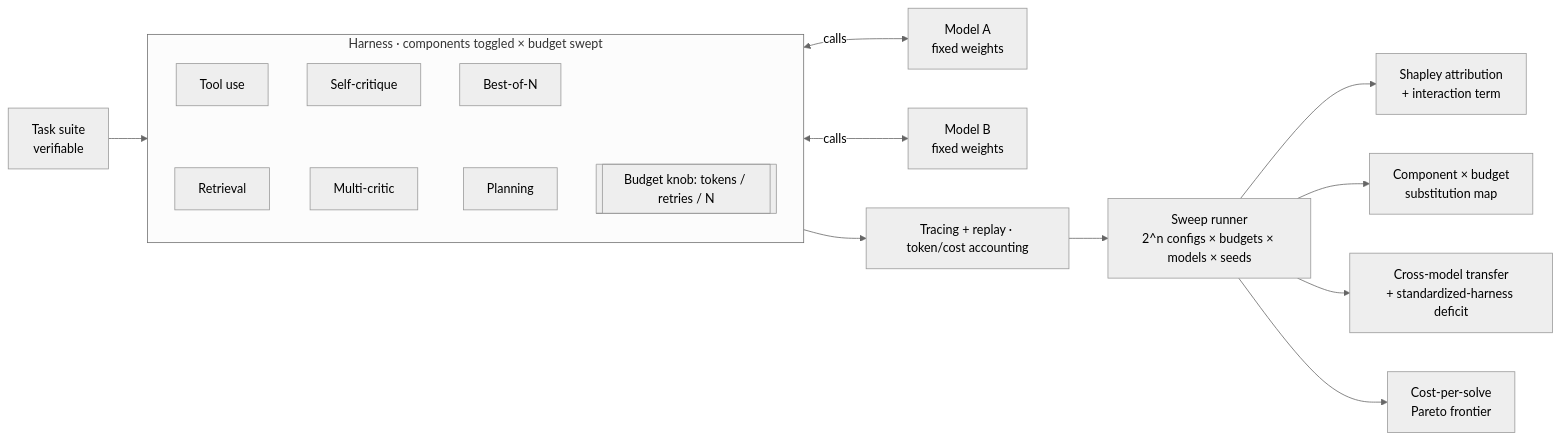
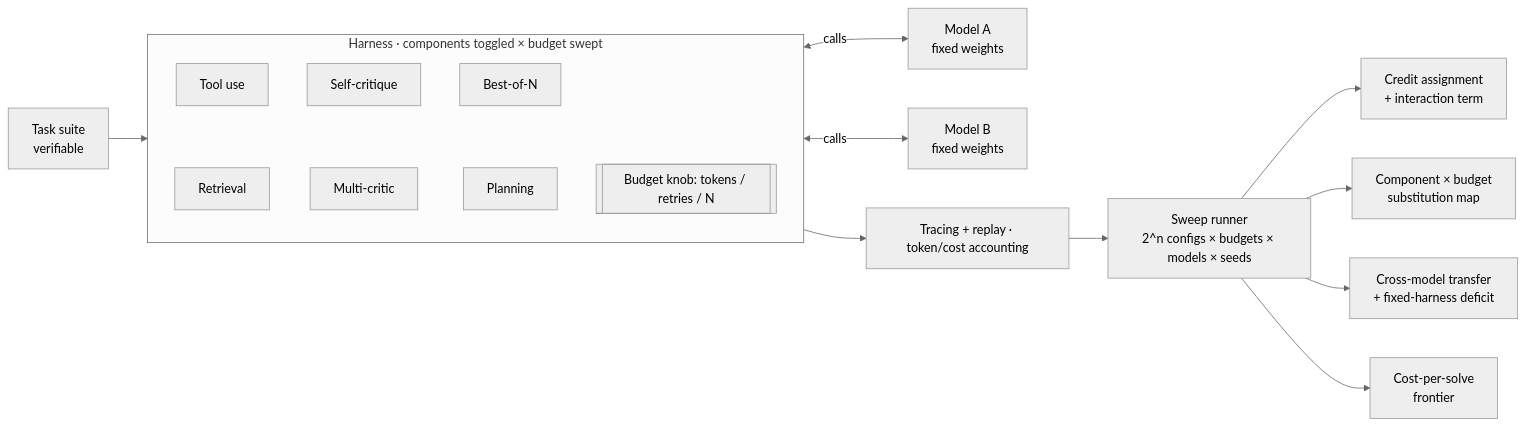
The diagram in README.md (nicolu0/elicitation-harness), drawn with Mermaid (neutral theme) before and after one commit. The commit also changed other lines of this file and 2 other files, not shown here.

````diff
--- a/README.md
+++ b/README.md
@@ -67,19 +86,19 @@
 ```mermaid
 flowchart LR
     T[Task suite<br/>verifiable] --> S
     subgraph S[Harness · components toggled × budget swept]
       direction TB
       C1[Tool use] ~~~ C2[Retrieval]
       C3[Self-critique] ~~~ C4[Multi-critic]
       C5[Best-of-N] ~~~ C6[Planning]
       B[[Budget knob: tokens / retries / N]]
     end
     S <-->|calls| M1[Model A<br/>fixed weights]
     S <-->|calls| M2[Model B<br/>fixed weights]
     S --> TR[Tracing + replay · token/cost accounting]
     TR --> R[Sweep runner<br/>2^n configs × budgets × models × seeds]
-    R --> A1[Shapley attribution<br/>+ interaction term]
+    R --> A1[Credit assignment<br/>+ interaction term]
     R --> A2[Component × budget<br/>substitution map]
-    R --> A3[Cross-model transfer<br/>+ standardized-harness deficit]
-    R --> A4[Cost-per-solve<br/>Pareto frontier]
+    R --> A3[Cross-model transfer<br/>+ fixed-harness deficit]
+    R --> A4[Cost-per-solve<br/>frontier]
 ```
````
